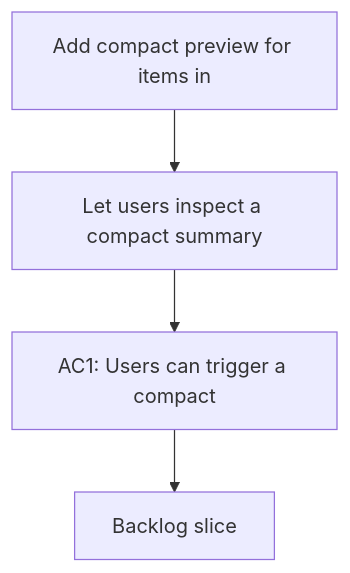
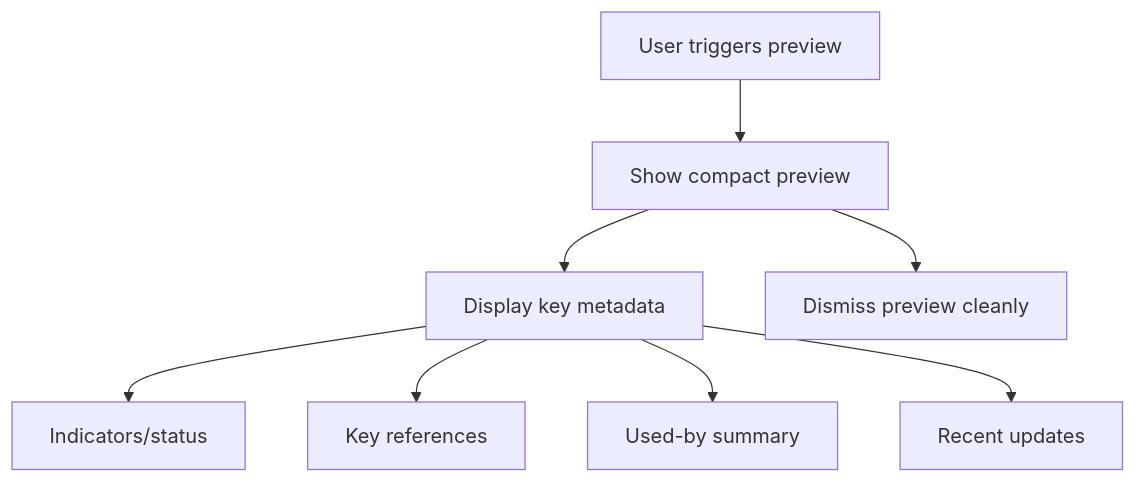
The diagram in logics/request/req_038_add_compact_preview_for_items_in_the_plugin.md (AlexAgo83/logics-manager), drawn with Mermaid before and after one commit. The commit also changed other lines of this file and 54 other files, not shown here.

````diff
--- a/logics/request/req_038_add_compact_preview_for_items_in_the_plugin.md
+++ b/logics/request/req_038_add_compact_preview_for_items_in_the_plugin.md
@@ -10,8 +10,12 @@
 ```mermaid
 %% logics-kind: request
 %% logics-signature: request|add-compact-preview-for-items-in-the-plu|let-users-inspect-a-compact-summary|ac1-users-can-trigger-a-compact
 flowchart TD
-    Trigger[Add compact preview for items in] --> Need[Let users inspect a compact summary]
-    Need --> Outcome[AC1: Users can trigger a compact]
-    Outcome --> Backlog[Backlog slice]
+    A[User triggers preview] --> B[Show compact preview]
+    B --> C[Display key metadata]
+    C --> D[Indicators/status]
+    C --> E[Key references]
+    C --> F[Used-by summary]
+    C --> G[Recent updates]
+    B --> H[Dismiss preview cleanly]
 ```
````
